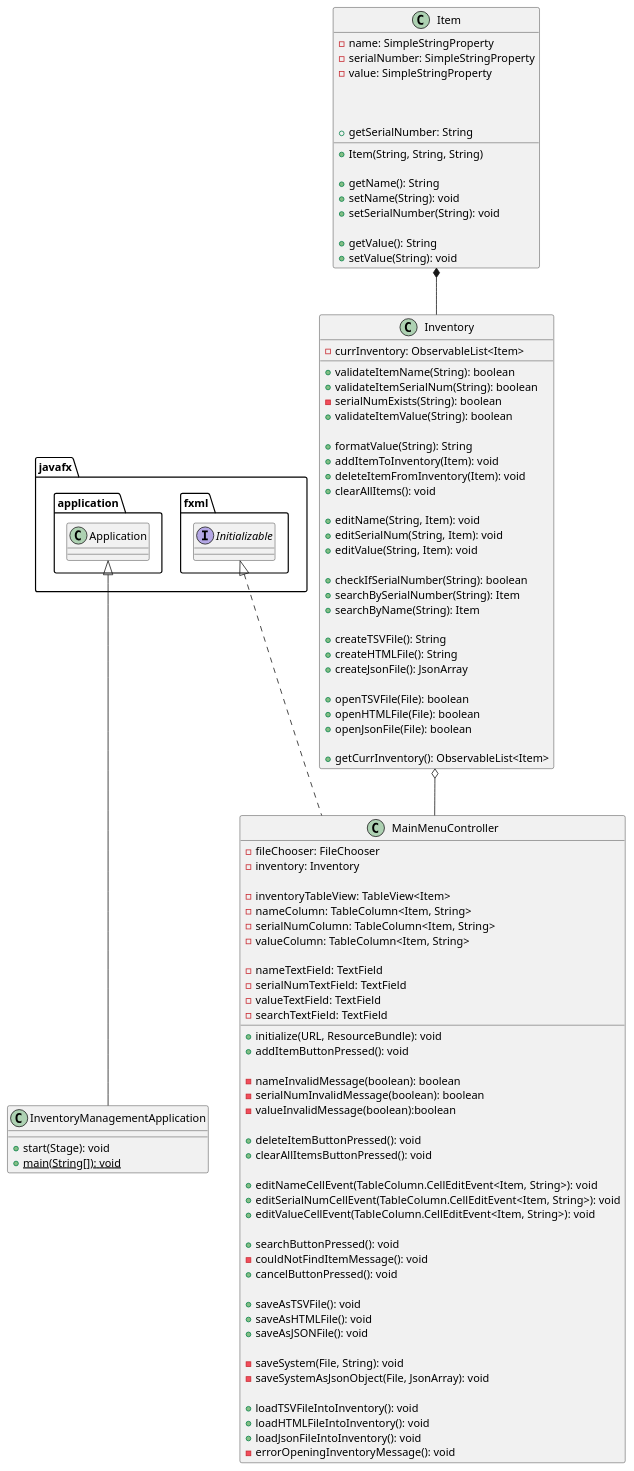
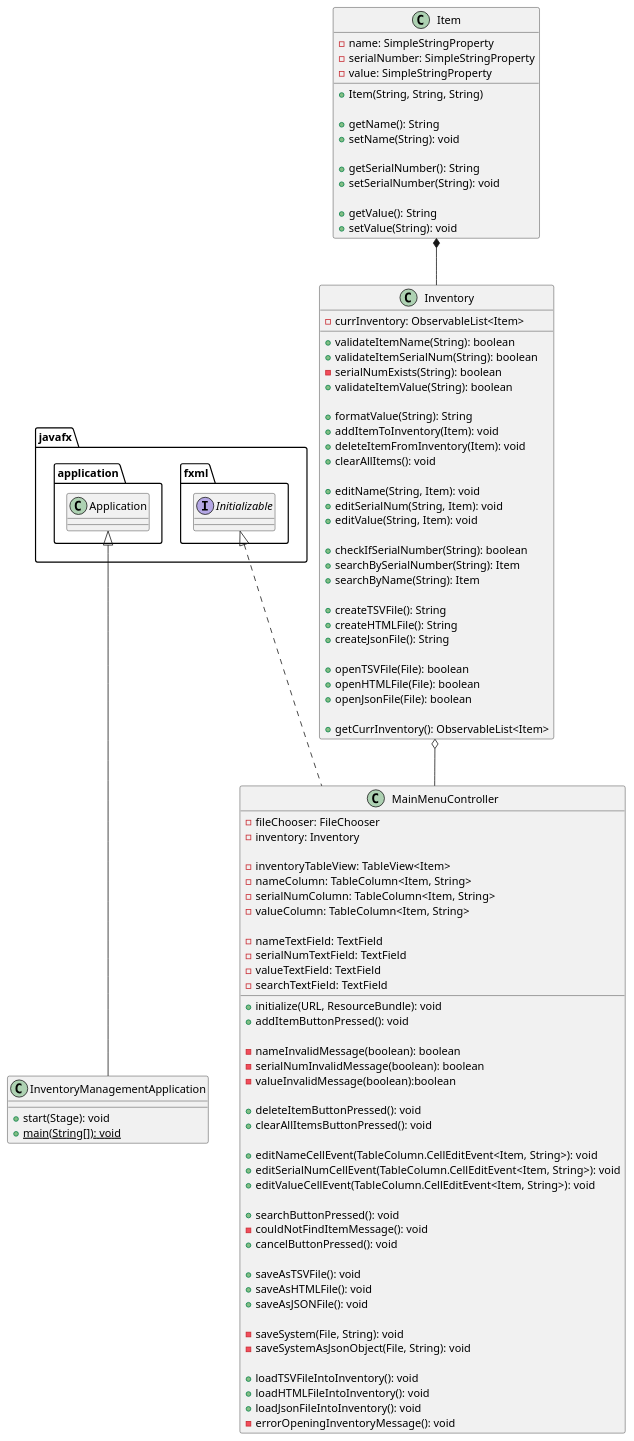
The diagram in docs/classDiagram.puml (Zandroid505/Antifit-app2), drawn with PlantUML before and after one commit.

Commit message:
Edited UML diagram

```diff
--- a/docs/classDiagram.puml
+++ b/docs/classDiagram.puml
@@ -6,110 +6,110 @@
 @startuml
 'https://plantuml.com/class-diagram
 
 javafx.application.Application <|-- InventoryManagementApplication
 class MainMenuController implements javafx.fxml.Initializable
 Item *-- Inventory
 Inventory o-- MainMenuController
 
 class InventoryManagementApplication {
     + start(Stage): void
     + {static} main(String[]): void
 }
 
 class MainMenuController {
     - fileChooser: FileChooser
     - inventory: Inventory
 
     'FXML variables
     - inventoryTableView: TableView<Item>
     - nameColumn: TableColumn<Item, String>
     - serialNumColumn: TableColumn<Item, String>
     - valueColumn: TableColumn<Item, String>
 
     - nameTextField: TextField
     - serialNumTextField: TextField
     - valueTextField: TextField
     - searchTextField: TextField
 
     + initialize(URL, ResourceBundle): void
     + addItemButtonPressed(): void
 
     - nameInvalidMessage(boolean): boolean
     - serialNumInvalidMessage(boolean): boolean
     - valueInvalidMessage(boolean):boolean
 
     + deleteItemButtonPressed(): void
     + clearAllItemsButtonPressed(): void
 
     + editNameCellEvent(TableColumn.CellEditEvent<Item, String>): void
     + editSerialNumCellEvent(TableColumn.CellEditEvent<Item, String>): void
     + editValueCellEvent(TableColumn.CellEditEvent<Item, String>): void
 
     + searchButtonPressed(): void
     - couldNotFindItemMessage(): void
     + cancelButtonPressed(): void
 
     + saveAsTSVFile(): void
     + saveAsHTMLFile(): void
     + saveAsJSONFile(): void
 
     - saveSystem(File, String): void
-    - saveSystemAsJsonObject(File, JsonArray): void
+    - saveSystemAsJsonObject(File, String): void
 
     + loadTSVFileIntoInventory(): void
     + loadHTMLFileIntoInventory(): void
     + loadJsonFileIntoInventory(): void
     - errorOpeningInventoryMessage(): void
 }
 
 class Inventory {
     - currInventory: ObservableList<Item>
 
     + validateItemName(String): boolean
     + validateItemSerialNum(String): boolean
     - serialNumExists(String): boolean
     + validateItemValue(String): boolean
 
     + formatValue(String): String
     + addItemToInventory(Item): void
     + deleteItemFromInventory(Item): void
     + clearAllItems(): void
 
     + editName(String, Item): void
     + editSerialNum(String, Item): void
     + editValue(String, Item): void
 
     + checkIfSerialNumber(String): boolean
     + searchBySerialNumber(String): Item
     + searchByName(String): Item
 
     + createTSVFile(): String
     + createHTMLFile(): String
-    + createJsonFile(): JsonArray
+    + createJsonFile(): String
 
     + openTSVFile(File): boolean
     + openHTMLFile(File): boolean
     + openJsonFile(File): boolean
 
     + getCurrInventory(): ObservableList<Item>
 }
 
 class Item {
     - name: SimpleStringProperty
     - serialNumber: SimpleStringProperty
     - value: SimpleStringProperty
 
     + Item(String, String, String)
 
     + getName(): String
     + setName(String): void
 
-    + getSerialNumber: String
+    + getSerialNumber(): String
     + setSerialNumber(String): void
 
     + getValue(): String
     + setValue(String): void
 }
 
 
 @enduml
```
